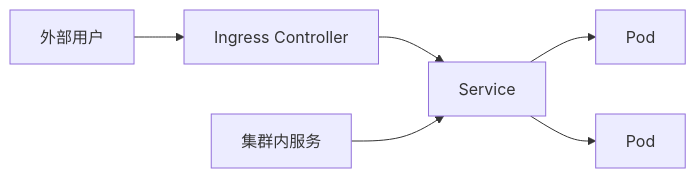
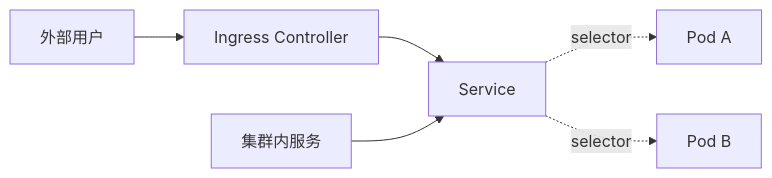
The second of 2 diagrams in docs/06-集群架构/6-核心资源与抽象.md (yleoer/k8s-learn), drawn with Mermaid before and after one commit. The commit also changed other lines of this file and 6 other files, not shown here.

````diff
--- a/docs/06-集群架构/6-核心资源与抽象.md
+++ b/docs/06-集群架构/6-核心资源与抽象.md
@@ -56,9 +84,9 @@
 ```mermaid
 flowchart LR
   user["外部用户"] --> ingress["Ingress Controller"]
   ingress --> svc["Service"]
-  svc --> pod1["Pod"]
-  svc --> pod2["Pod"]
+  svc -. selector .-> pod1["Pod A"]
+  svc -. selector .-> pod2["Pod B"]
 
   internal["集群内服务"] --> svc
 ```
````
